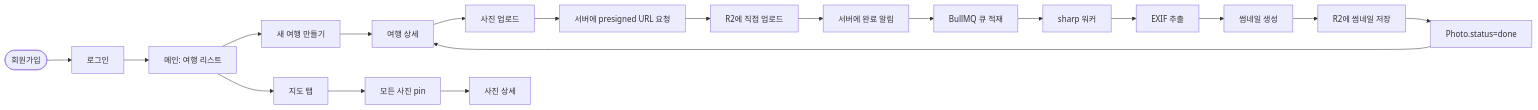
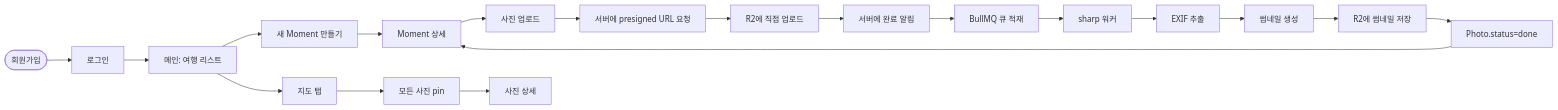
One commit to sikkzz/Trailog changed the diagram in docs/specs/phase-02-core-features.md. Above: the diagram before and after it, drawn with Mermaid. The commit also changed other lines of this file and 11 other files, not shown here.

````diff
--- a/docs/specs/phase-02-core-features.md
+++ b/docs/specs/phase-02-core-features.md
@@ -150,21 +150,21 @@
 ```mermaid
 flowchart LR
     Signup([회원가입]) --> Login[로그인]
     Login --> Main[메인: 여행 리스트]
-    Main --> CreateTrip[새 여행 만들기]
-    CreateTrip --> TripDetail[여행 상세]
-    TripDetail --> Upload[사진 업로드]
+    Main --> CreateMoment[새 Moment 만들기]
+    CreateMoment --> MomentDetail[Moment 상세]
+    MomentDetail --> Upload[사진 업로드]
     Upload --> Presigned[서버에 presigned URL 요청]
     Presigned --> R2[R2에 직접 업로드]
     R2 --> Notify[서버에 완료 알림]
     Notify --> Queue[BullMQ 큐 적재]
     Queue --> Worker[sharp 워커]
     Worker --> EXIF[EXIF 추출]
     EXIF --> Thumb[썸네일 생성]
     Thumb --> R2Thumb[R2에 썸네일 저장]
     R2Thumb --> Done[Photo.status=done]
-    Done --> TripDetail
+    Done --> MomentDetail
     Main --> MapTab[지도 탭]
     MapTab --> Pins[모든 사진 pin]
     Pins --> PhotoDetail[사진 상세]
 ```
````
